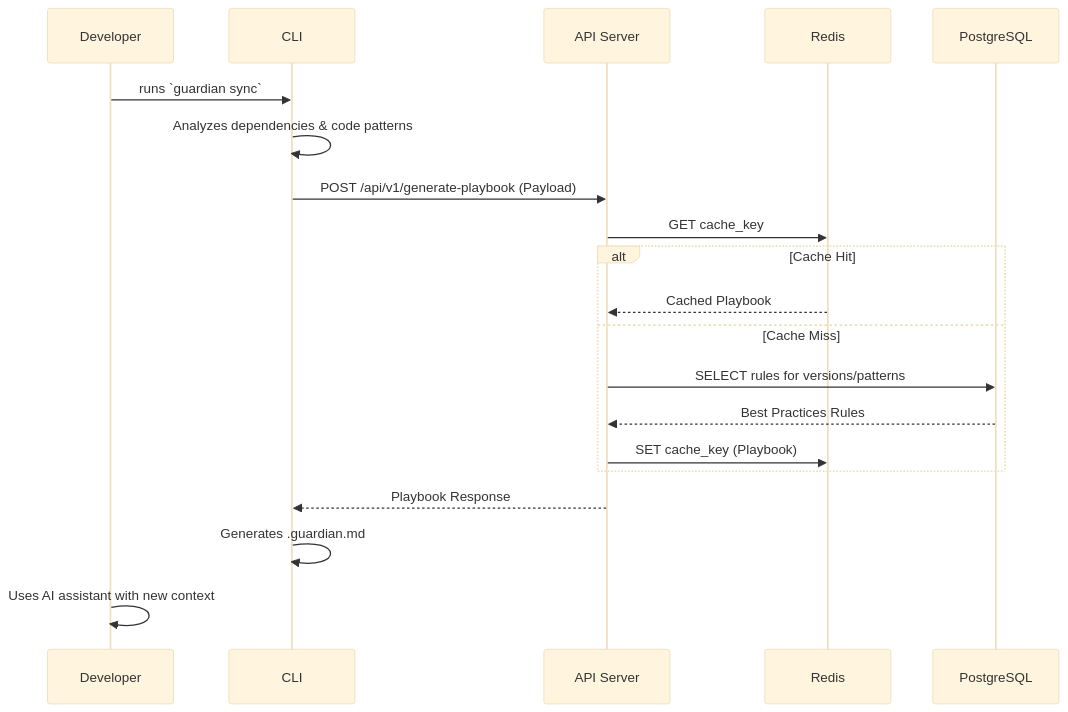
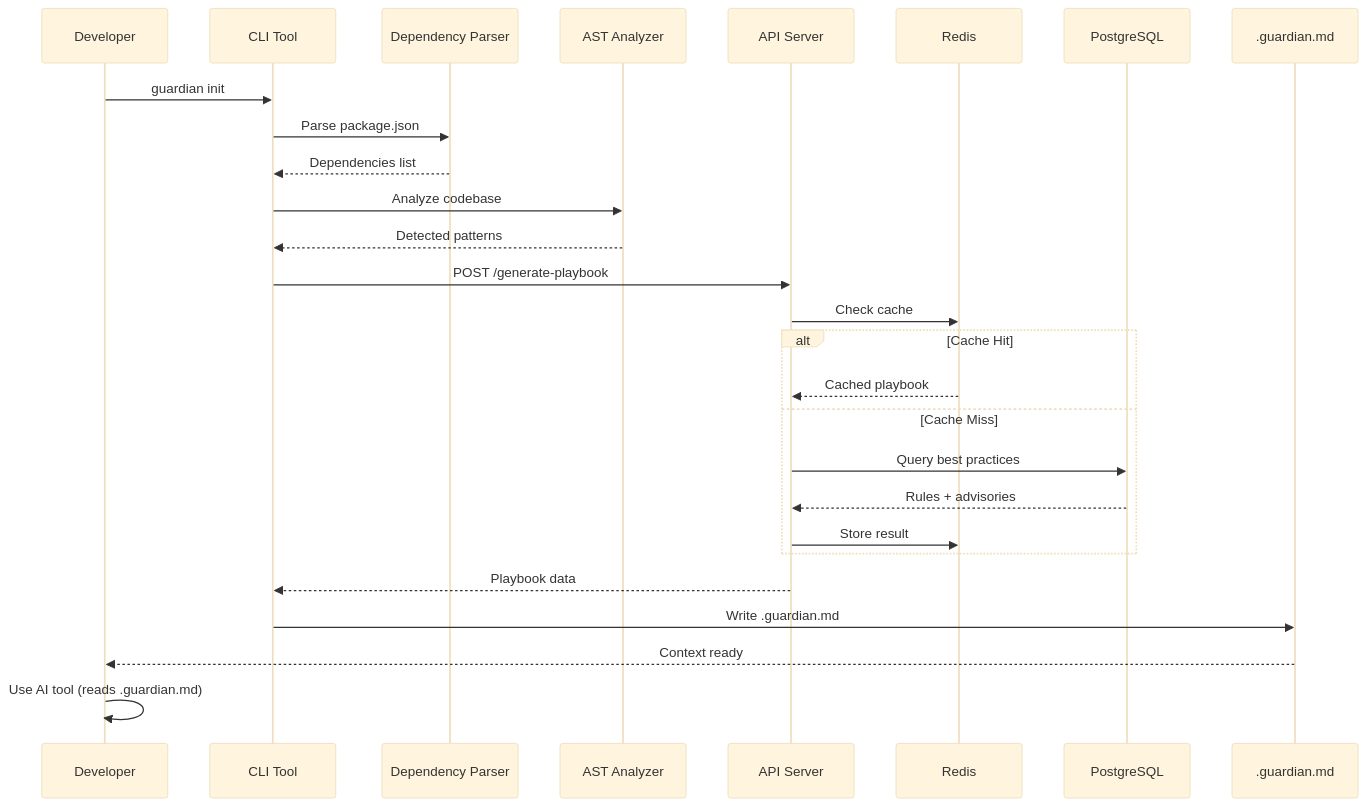
Before and after one commit to zeiglerg41/context-guardian: the second of 2 diagrams in README.md, drawn with Mermaid (base theme). The commit also changed other lines of this file and 165 other files, not shown here.

````diff
--- a/README.md
+++ b/README.md
@@ -91,23 +117,30 @@
 ```mermaid
 sequenceDiagram
     participant Dev as Developer
-    participant CLI
+    participant CLI as CLI Tool
+    participant DepParser as Dependency Parser
+    participant AST as AST Analyzer
     participant API as API Server
-    participant Redis
+    participant Cache as Redis
     participant DB as PostgreSQL
+    participant Playbook as .guardian.md
 
-    Dev->>CLI: runs `guardian sync`
-    CLI->>CLI: Analyzes dependencies & code patterns
-    CLI->>API: POST /api/v1/generate-playbook (Payload)
-    API->>Redis: GET cache_key
+    Dev->>CLI: guardian init
+    CLI->>DepParser: Parse package.json
+    DepParser-->>CLI: Dependencies list
+    CLI->>AST: Analyze codebase
+    AST-->>CLI: Detected patterns
+    CLI->>API: POST /generate-playbook
+    API->>Cache: Check cache
     alt Cache Hit
-        Redis-->>API: Cached Playbook
+        Cache-->>API: Cached playbook
     else Cache Miss
-        API->>DB: SELECT rules for versions/patterns
-        DB-->>API: Best Practices Rules
-        API->>Redis: SET cache_key (Playbook)
+        API->>DB: Query best practices
+        DB-->>API: Rules + advisories
+        API->>Cache: Store result
     end
-    API-->>CLI: Playbook Response
-    CLI->>CLI: Generates .guardian.md
-    Dev->>Dev: Uses AI assistant with new context
+    API-->>CLI: Playbook data
+    CLI->>Playbook: Write .guardian.md
+    Playbook-->>Dev: Context ready
+    Dev->>Dev: Use AI tool (reads .guardian.md)
 ```
````
